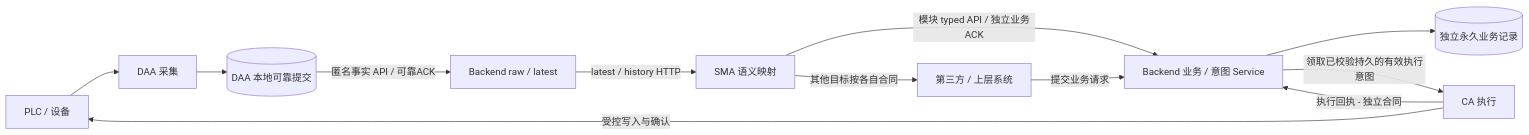
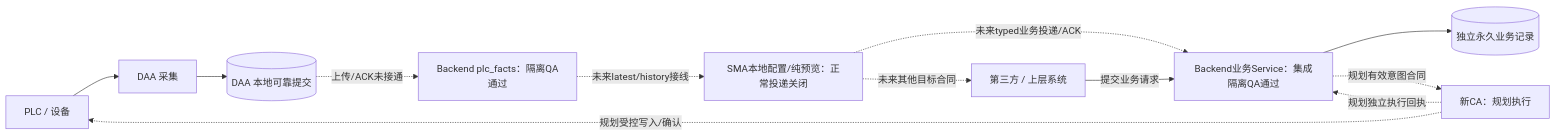
One commit to jasonbu163/aiis-ics-arch changed the diagram in docs/AIIS_AW_Runtime_Design.md. Above: the diagram before and after it, drawn with Mermaid. The commit also changed other lines of this file and 103 other files, not shown here.

Commit message:
Update automation world flow architecture and task documentation

````diff
--- a/docs/AIIS_AW_Runtime_Design.md
+++ b/docs/AIIS_AW_Runtime_Design.md
@@ -38,14 +38,14 @@
 ```mermaid
 flowchart LR
     PLC[PLC / 设备] --> DAA[DAA 采集]
     DAA --> LOCAL[(DAA 本地可靠提交)]
-    LOCAL -->|匿名事实 API / 可靠ACK| B[Backend raw / latest]
-    B -->|latest / history HTTP| SMA[SMA 语义映射]
-    SMA -->|模块 typed API / 独立业务ACK| BIZ[Backend 业务 / 意图 Service]
+    LOCAL -. "上传/ACK未接通" .-> B[Backend plc_facts：隔离QA通过]
+    B -. "未来latest/history接线" .-> SMA[SMA本地配置/纯预览：正常投递关闭]
+    SMA -. "未来typed业务投递/ACK" .-> BIZ[Backend业务Service：集成隔离QA通过]
     BIZ --> STORE[(独立永久业务记录)]
-    SMA -->|其他目标按各自合同| X[第三方 / 上层系统]
+    SMA -. "未来其他目标合同" .-> X[第三方 / 上层系统]
     X -->|提交业务请求| BIZ
-    BIZ -->|领取已校验持久的有效执行意图| CA[CA 执行]
-    CA -->|受控写入与确认| PLC
-    CA -->|执行回执 - 独立合同| BIZ
+    BIZ -. "规划有效意图合同" .-> CA[新CA：规划执行]
+    CA -. "规划受控写入/确认" .-> PLC
+    CA -. "规划独立执行回执" .-> BIZ
 ```
````
